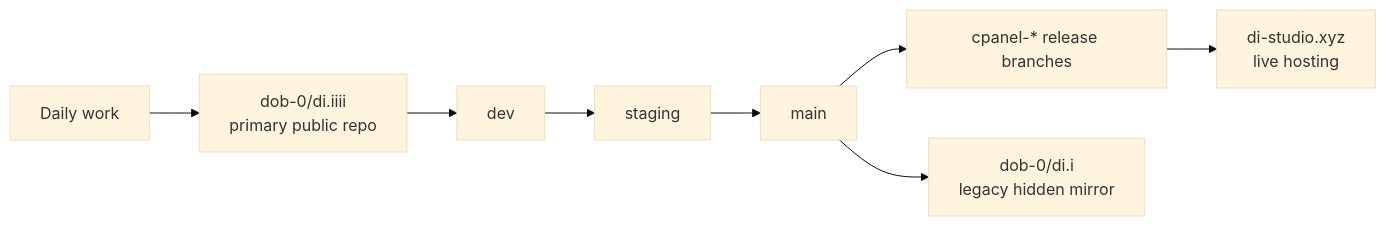
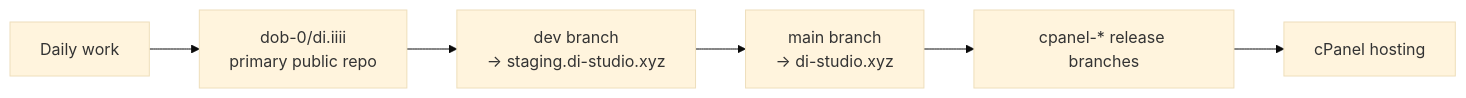
The diagram in README.md (dob-0/di.iiii), drawn with Mermaid (base theme) before and after one commit. The commit also changed other lines of this file and 1 other file, not shown here.

````diff
--- a/README.md
+++ b/README.md
@@ -194,10 +184,8 @@
 ```mermaid
 flowchart LR
     work["Daily work"] --> dev["dob-0/di.iiii<br/>primary public repo"]
-    dev --> branchDev["dev"]
-    branchDev --> branchStaging["staging"]
-    branchStaging --> branchMain["main"]
+    dev --> branchDev["dev branch<br/>→ staging.di-studio.xyz"]
+    branchDev --> branchMain["main branch<br/>→ di-studio.xyz"]
     branchMain --> release["cpanel-* release branches"]
-    release --> hosting["di-studio.xyz<br/>live hosting"]
-    branchMain --> legacy["dob-0/di.i<br/>legacy hidden mirror"]
+    release --> hosting["cPanel hosting"]
 ```
````
